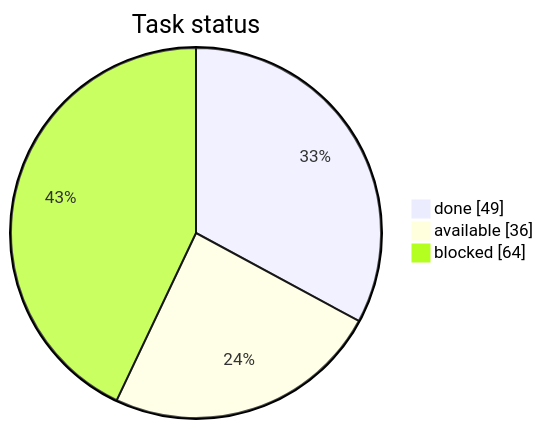
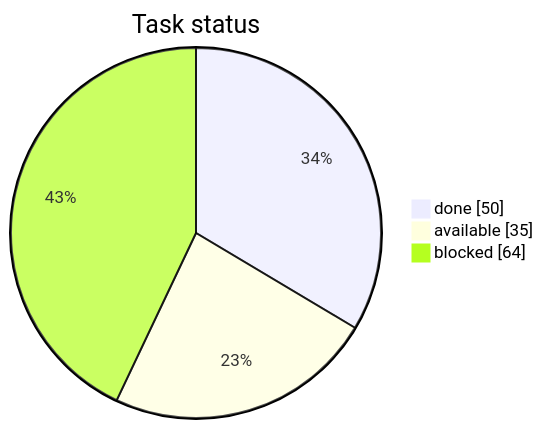
One commit to artemiiShabanov/RallyRivals changed the first of 3 diagrams in STATUS.md. Above: the diagram before and after it, drawn with Mermaid. The commit also changed other lines of this file and 13 other files, not shown here.

````diff
--- a/STATUS.md
+++ b/STATUS.md
@@ -7,7 +7,7 @@
 ```mermaid
 pie showData
     title Task status
-    "done" : 49
-    "available" : 36
+    "done" : 50
+    "available" : 35
     "blocked" : 64
 ```
````
